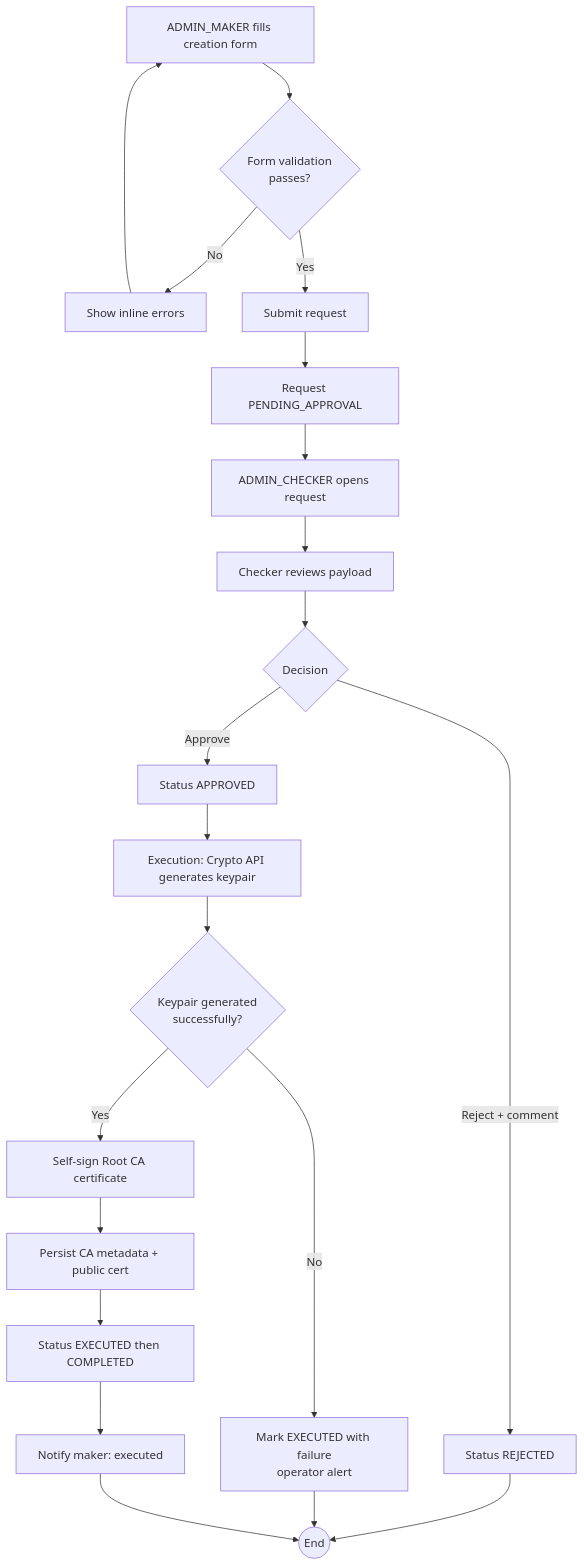
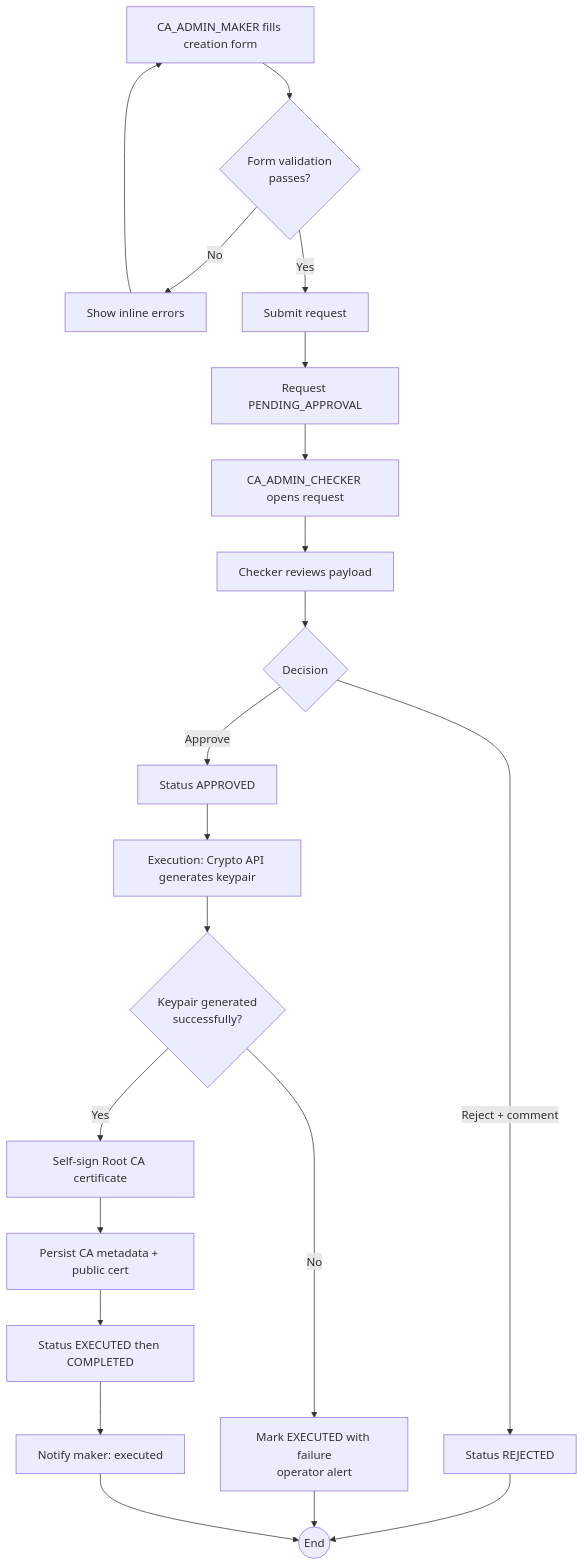
The diagram in Docs/1-Requirements/Workflows/WF-001-root-ca-creation.md (ruthvikchandravanam/Nexus-CA), drawn with Mermaid before and after one commit. The commit also changed other lines of this file and 33 other files, not shown here.

````diff
--- a/Docs/1-Requirements/Workflows/WF-001-root-ca-creation.md
+++ b/Docs/1-Requirements/Workflows/WF-001-root-ca-creation.md
@@ -22,20 +22,20 @@
 ```mermaid
 flowchart TD
-    A[ADMIN_MAKER fills creation form] --> B{Form validation<br/>passes?}
+    A[CA_ADMIN_MAKER fills creation form] --> B{Form validation<br/>passes?}
     B -- No --> B1[Show inline errors] --> A
     B -- Yes --> C[Submit request]
     C --> D[Request PENDING_APPROVAL]
-    D --> E[ADMIN_CHECKER opens request]
+    D --> E[CA_ADMIN_CHECKER opens request]
     E --> F[Checker reviews payload]
     F --> G{Decision}
     G -- Approve --> H[Status APPROVED]
     G -- Reject + comment --> R[Status REJECTED] --> Z((End))
     H --> I[Execution: Crypto API generates keypair]
     I --> J{Keypair generated<br/>successfully?}
     J -- No --> J1[Mark EXECUTED with failure<br/>operator alert] --> Z
     J -- Yes --> K[Self-sign Root CA certificate]
     K --> L[Persist CA metadata + public cert]
     L --> M[Status EXECUTED then COMPLETED]
     M --> N[Notify maker: executed]
     N --> Z
 ```
````
